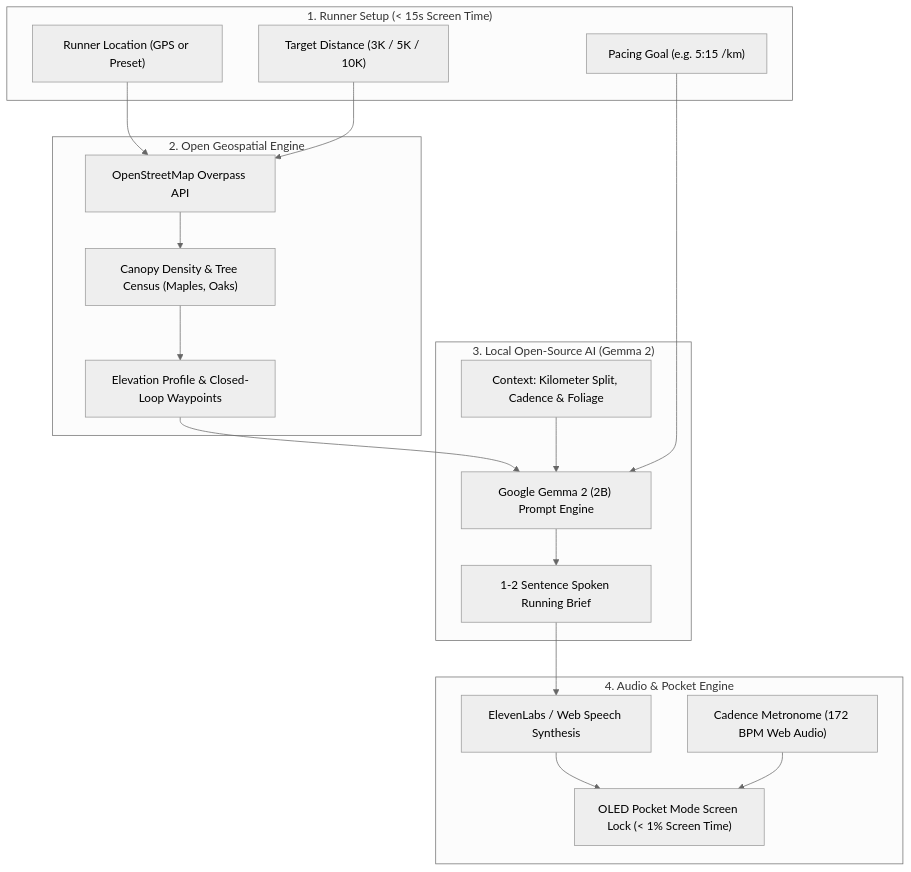
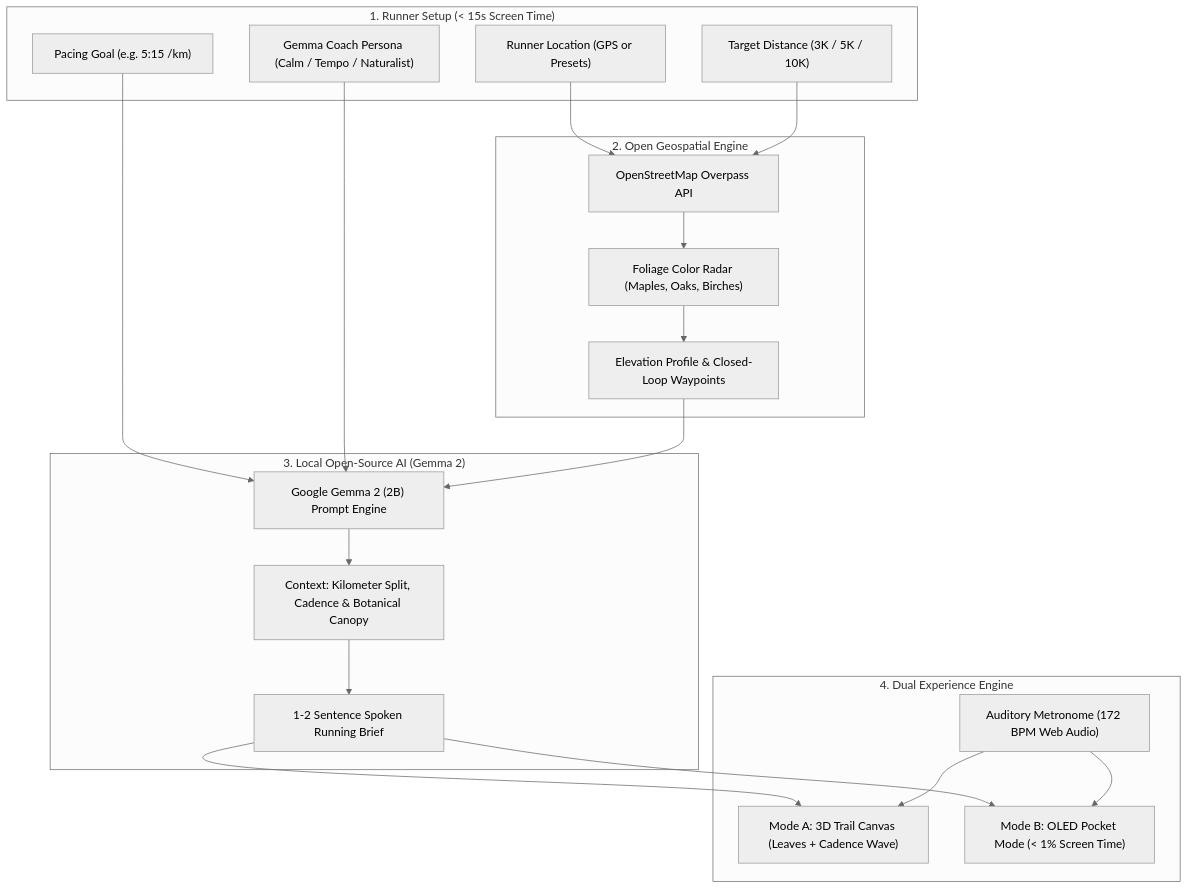
Before and after one commit to ish1416/PaceCast: the diagram in README.md, drawn with Mermaid (neutral theme). The commit also changed other lines of this file and 10 other files, not shown here.

Commit message:
Upgrade PaceCast: Add 3D autumn trail visualizer, foliage radar, soundwave equalizer, and remove API keys

````diff
--- a/README.md
+++ b/README.md
@@ -50,36 +51,39 @@
 ```mermaid
 flowchart TD
-    subgraph INPUT["1. Runner Setup (< 15s Screen Time)"]
-        A["Runner Location (GPS or Preset)"]
+    subgraph SETUP["1. Runner Setup (< 15s Screen Time)"]
+        A["Runner Location (GPS or Presets)"]
         B["Target Distance (3K / 5K / 10K)"]
         C["Pacing Goal (e.g. 5:15 /km)"]
+        D["Gemma Coach Persona (Calm / Tempo / Naturalist)"]
     end
 
     subgraph DATA["2. Open Geospatial Engine"]
-        D["OpenStreetMap Overpass API"]
-        E["Canopy Density & Tree Census (Maples, Oaks)"]
-        F["Elevation Profile & Closed-Loop Waypoints"]
+        E["OpenStreetMap Overpass API"]
+        F["Foliage Color Radar (Maples, Oaks, Birches)"]
+        G["Elevation Profile & Closed-Loop Waypoints"]
     end
 
     subgraph AI["3. Local Open-Source AI (Gemma 2)"]
-        G["Google Gemma 2 (2B) Prompt Engine"]
-        H["Context: Kilometer Split, Cadence & Foliage"]
-        I["1-2 Sentence Spoken Running Brief"]
+        H["Google Gemma 2 (2B) Prompt Engine"]
+        I["Context: Kilometer Split, Cadence & Botanical Canopy"]
+        J["1-2 Sentence Spoken Running Brief"]
     end
 
-    subgraph AUDIO["4. Audio & Pocket Engine"]
-        J["ElevenLabs / Web Speech Synthesis"]
-        K["Cadence Metronome (172 BPM Web Audio)"]
-        L["OLED Pocket Mode Screen Lock (< 1% Screen Time)"]
+    subgraph OUTPUT["4. Dual Experience Engine"]
+        K["Mode A: 3D Trail Canvas (Leaves + Cadence Wave)"]
+        L["Mode B: OLED Pocket Mode (< 1% Screen Time)"]
+        M["Auditory Metronome (172 BPM Web Audio)"]
     end
 
-    A --> D
-    B --> D
-    C --> G
-    D --> E --> F
-    F --> G
-    H --> G --> I
-    I --> J
+    A --> E
+    B --> E
+    C --> H
+    D --> H
+    E --> F --> G
+    G --> H
+    H --> I --> J
+    J --> K
     J --> L
-    K --> L
+    M --> K
+    M --> L
 ```
````
